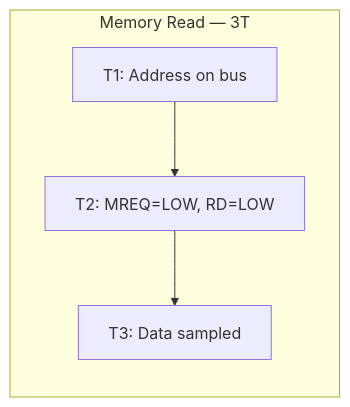
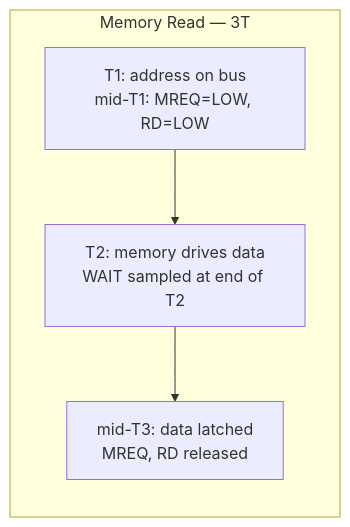
Before and after one commit to alfishe/speccy-bootcamp: the fourth of 9 diagrams in 01_cpu/z80_timing.md, drawn with Mermaid. The commit also changed other lines of this file and 12 other files, not shown here.

````diff
--- a/01_cpu/z80_timing.md
+++ b/01_cpu/z80_timing.md
@@ -212,6 +220,6 @@
 ```mermaid
 graph LR
     subgraph "Memory Read — 3T"
-        T1B[T1: Address on bus] --> T2B[T2: MREQ=LOW, RD=LOW] --> T3B[T3: Data sampled]
+        T1B[T1: address on bus<br/>mid-T1: MREQ=LOW, RD=LOW] --> T2B[T2: memory drives data<br/>WAIT sampled at end of T2] --> T3B[mid-T3: data latched<br/>MREQ, RD released]
     end
 ```
````
